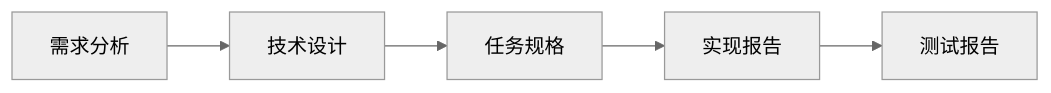
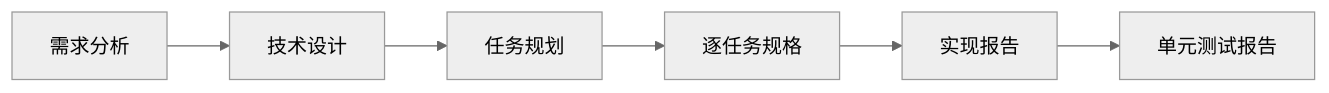
The second of 3 diagrams in wf-develop/REFACTOR_TECHNICAL_PLAN.md (lianghuihui-plus/AIWorkflow), drawn with Mermaid (neutral theme) before and after one commit. The commit also changed other lines of this file and 55 other files, not shown here.

````diff
--- a/wf-develop/REFACTOR_TECHNICAL_PLAN.md
+++ b/wf-develop/REFACTOR_TECHNICAL_PLAN.md
@@ -580,7 +611,8 @@
 ```mermaid
 flowchart LR
   A["需求分析"] --> D["技术设计"]
-  D --> S["任务规格"]
+  D --> P["任务规划"]
+  P --> S["逐任务规格"]
   S --> I["实现报告"]
-  I --> T["测试报告"]
+  I --> T["单元测试报告"]
 ```
````
